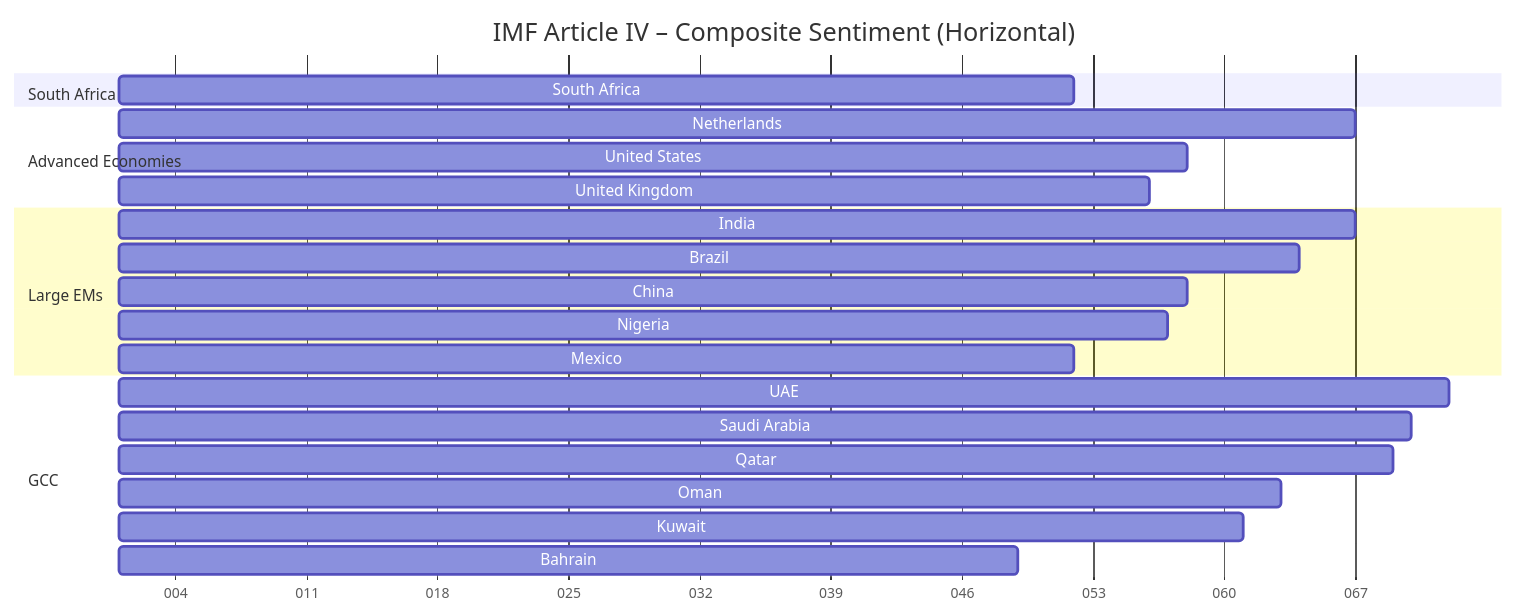
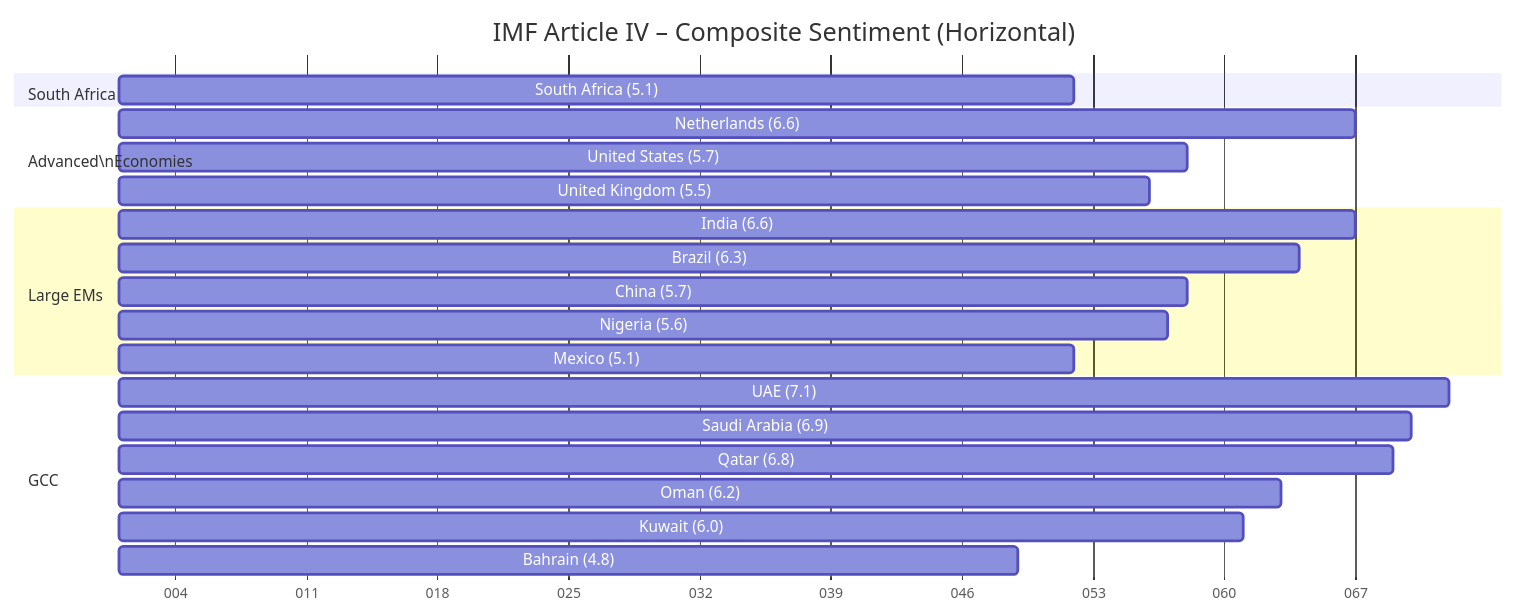
Before and after one commit to Tellusant/docs: the second of 2 diagrams in articles-posts/economic-sentiment-zaf.md, drawn with Mermaid.

```diff
--- a/articles-posts/economic-sentiment-zaf.md
+++ b/articles-posts/economic-sentiment-zaf.md
@@ -59,31 +59,32 @@
 <div class="mermaid">
 
 gantt
     title IMF Article IV – Composite Sentiment (Horizontal)
     dateFormat  YYYY-MM-DD
     axisFormat  %j
+    todayMarker off
 
     section South Africa
-    South Africa :a1, 2026-01-01, 51d
+    South Africa (5.1) :a1, 2026-01-01, 51d
 
-    section Advanced Economies
-    Netherlands :b1, 2026-01-01, 66d
-    United States :b2, 2026-01-01, 57d
-    United Kingdom :b3, 2026-01-01, 55d
+    section Advanced\nEconomies
+    Netherlands (6.6) :b1, 2026-01-01, 66d
+    United States (5.7) :b2, 2026-01-01, 57d
+    United Kingdom (5.5) :b3, 2026-01-01, 55d
 
     section Large EMs
-    India :c1, 2026-01-01, 66d
-    Brazil :c2, 2026-01-01, 63d
-    China :c3, 2026-01-01, 57d
-    Nigeria :c4, 2026-01-01, 56d
-    Mexico :c5, 2026-01-01, 51d
+    India (6.6) :c1, 2026-01-01, 66d
+    Brazil (6.3) :c2, 2026-01-01, 63d
+    China (5.7) :c3, 2026-01-01, 57d
+    Nigeria (5.6) :c4, 2026-01-01, 56d
+    Mexico (5.1) :c5, 2026-01-01, 51d
 
     section GCC
-    UAE :d1, 2026-01-01, 71d
-    Saudi Arabia :d2, 2026-01-01, 69d
-    Qatar :d3, 2026-01-01, 68d
-    Oman :d4, 2026-01-01, 62d
-    Kuwait :d5, 2026-01-01, 60d
-    Bahrain :d6, 2026-01-01, 48d
+    UAE (7.1) :d1, 2026-01-01, 71d
+    Saudi Arabia (6.9) :d2, 2026-01-01, 69d
+    Qatar (6.8) :d3, 2026-01-01, 68d
+    Oman (6.2) :d4, 2026-01-01, 62d
+    Kuwait (6.0) :d5, 2026-01-01, 60d
+    Bahrain (4.8) :d6, 2026-01-01, 48d
 
     </div>
```
